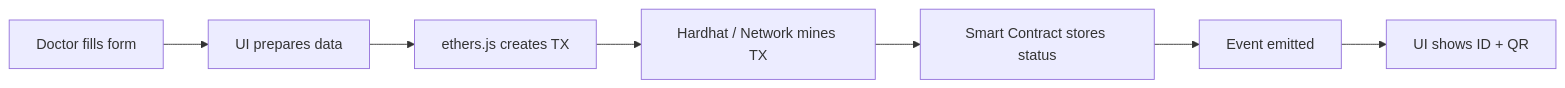
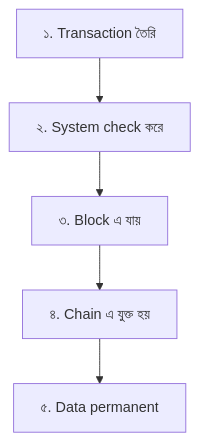
The fourth of 11 diagrams in docs/BLOCKMED_BLOCKCHAIN_SUPER_BASIC_BN_EN.md (Taibur-Rahaman/blockmed-v1.2), drawn with Mermaid before and after one commit. The commit also changed other lines of this file and 3 other files, not shown here.

Commit message:
docs: BN+EN lecturer doc with diagrams, add HOW_THE_PROJECT_WORKS, update README

````diff
--- a/docs/BLOCKMED_BLOCKCHAIN_SUPER_BASIC_BN_EN.md
+++ b/docs/BLOCKMED_BLOCKCHAIN_SUPER_BASIC_BN_EN.md
@@ -306,9 +141,7 @@
 ```mermaid
-flowchart LR
-  A[Doctor fills form] --> B[UI prepares data]
-  B --> C[ethers.js creates TX]
-  C --> D[Hardhat / Network mines TX]
-  D --> E[Smart Contract stores status]
-  E --> F[Event emitted]
-  F --> G[UI shows ID + QR]
+flowchart TD
+  A[১. Transaction তৈরি] --> B[২. System check করে]
+  B --> C[৩. Block এ যায়]
+  C --> D[৪. Chain এ যুক্ত হয়]
+  D --> E[৫. Data permanent]
 ```
````
